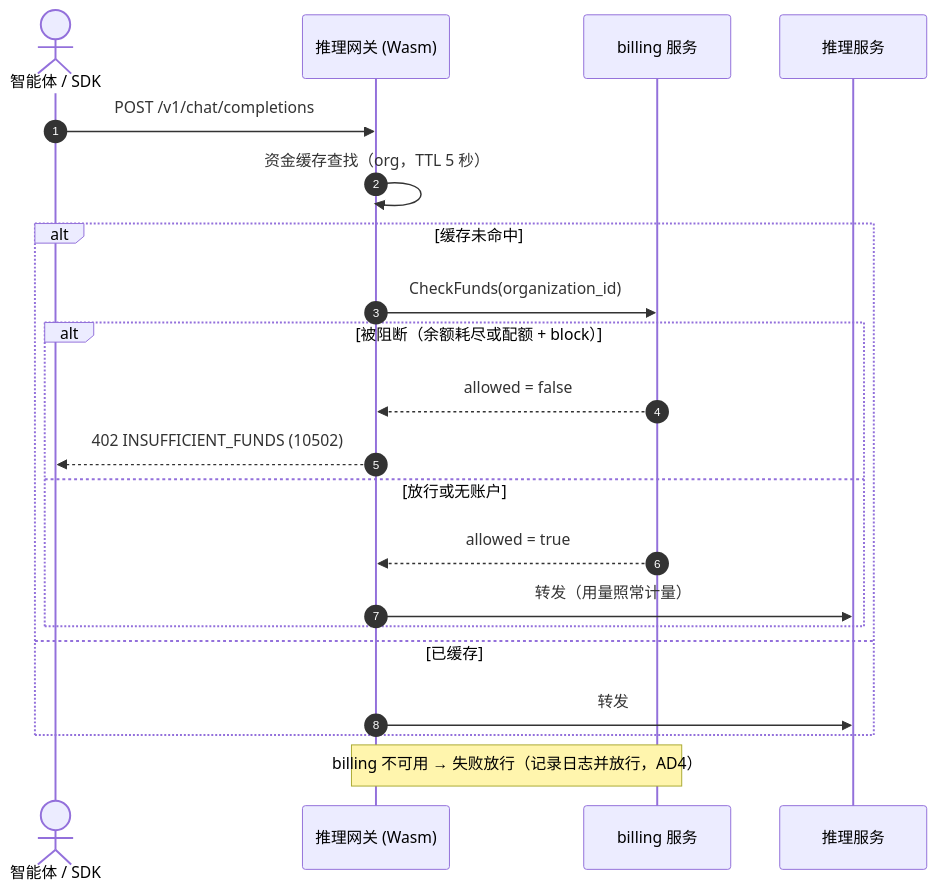
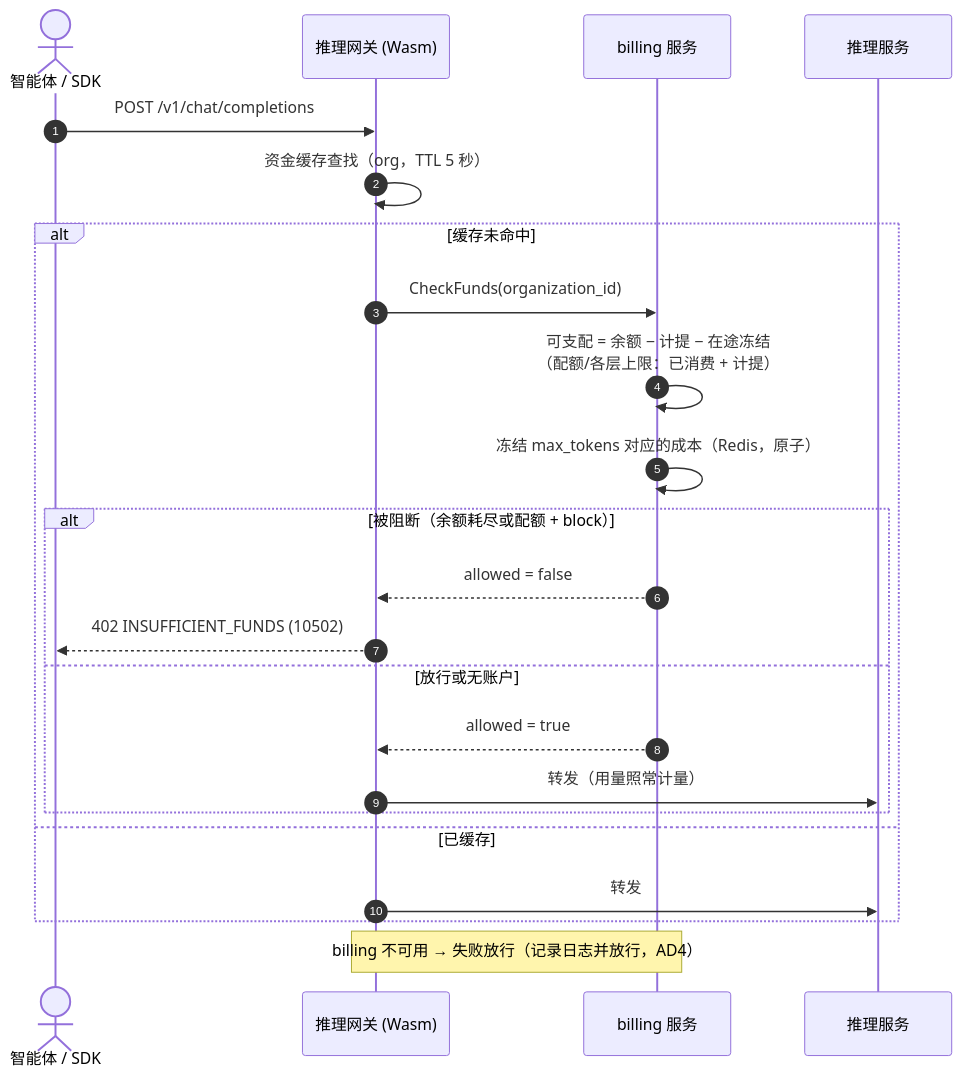
One commit to go-taas/go-taas changed the fifth of 6 diagrams in site/docs/architecture/balance-quota.zh-cn.md. Above: the diagram before and after it, drawn with Mermaid. The commit also changed other lines of this file and 38 other files, not shown here.

````diff
--- a/site/docs/architecture/balance-quota.zh-cn.md
+++ b/site/docs/architecture/balance-quota.zh-cn.md
@@ -251,23 +298,25 @@
 ```mermaid
 sequenceDiagram
     autonumber
     actor Agent as 智能体 / SDK
     participant DGW as 推理网关 (Wasm)
     participant BILL as billing 服务
     participant RT as 推理服务
     Agent->>DGW: POST /v1/chat/completions
     DGW->>DGW: 资金缓存查找（org，TTL 5 秒）
     alt 缓存未命中
         DGW->>BILL: CheckFunds(organization_id)
+        BILL->>BILL: 可支配 = 余额 − 计提 − 在途冻结<br/>（配额/各层上限：已消费 + 计提）
+        BILL->>BILL: 冻结 max_tokens 对应的成本（Redis，原子）
         alt 被阻断（余额耗尽或配额 + block）
             BILL-->>DGW: allowed = false
             DGW-->>Agent: 402 INSUFFICIENT_FUNDS (10502)
         else 放行或无账户
             BILL-->>DGW: allowed = true
             DGW->>RT: 转发（用量照常计量）
         end
     else 已缓存
         DGW->>RT: 转发
     end
     Note over DGW,BILL: billing 不可用 → 失败放行（记录日志并放行，AD4）
 ```
````
